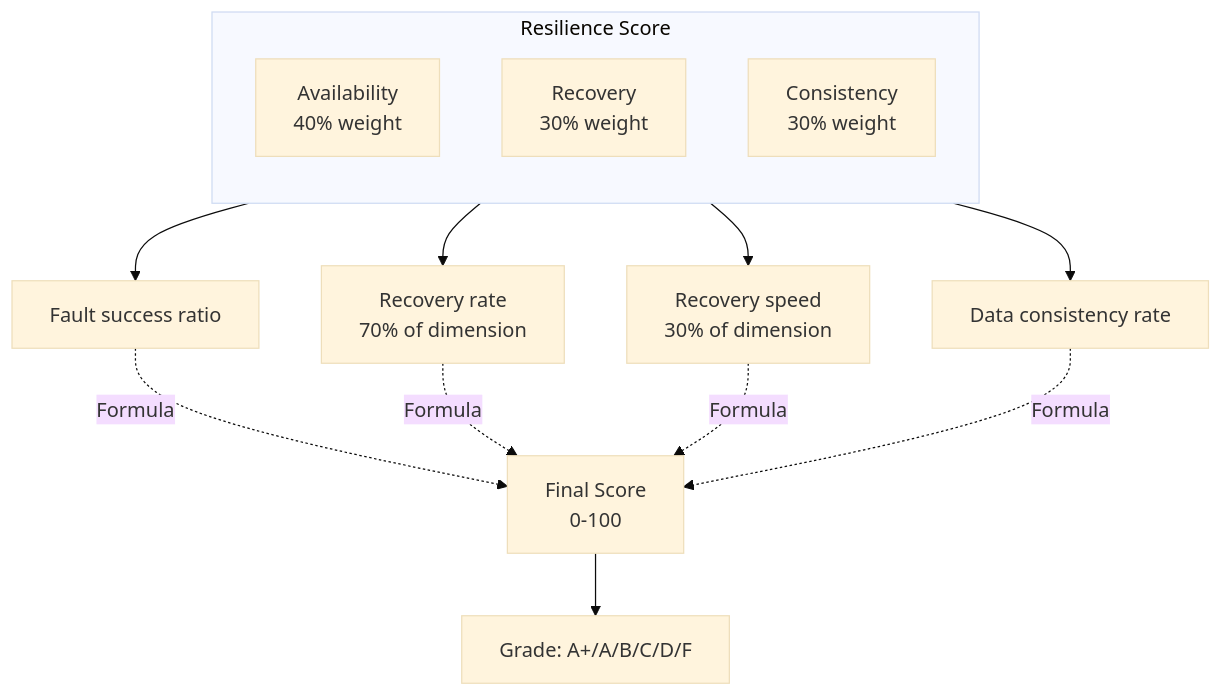
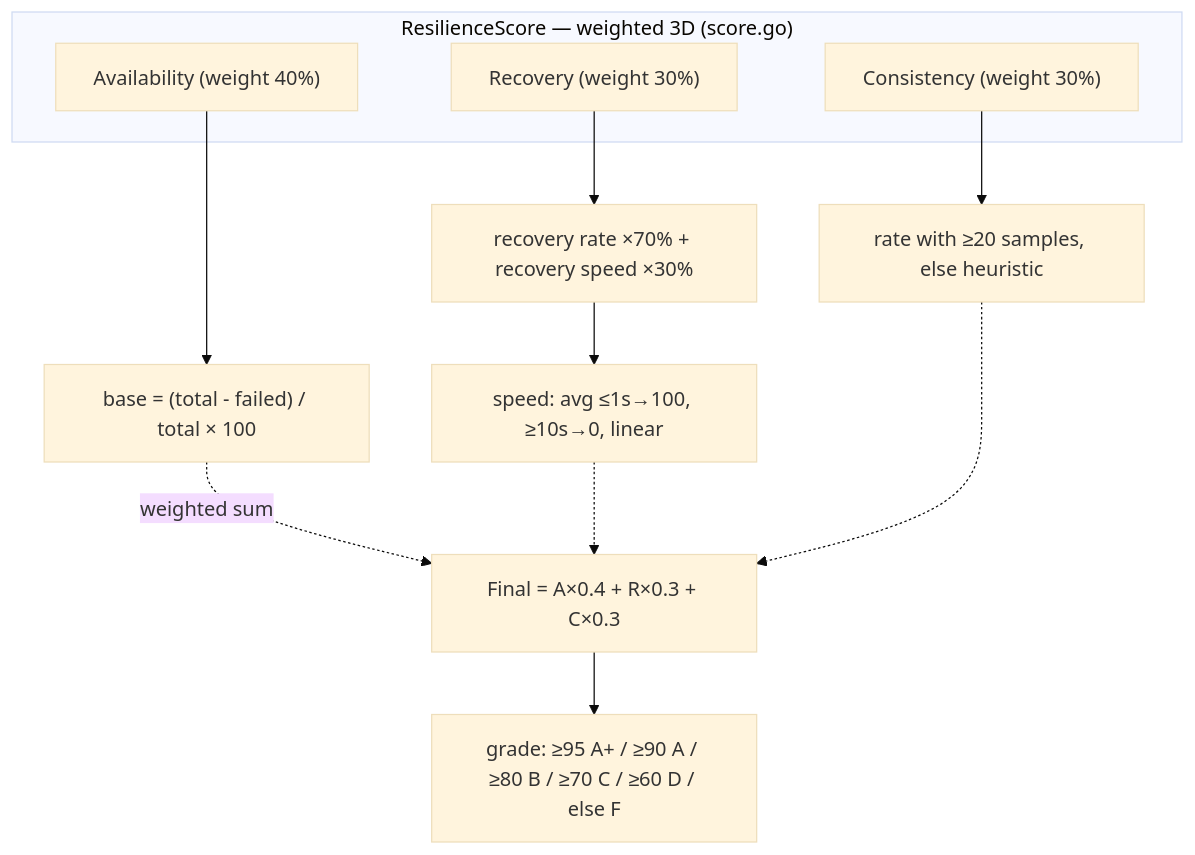
One commit to Timwood0x10/myblog changed the third of 4 diagrams in content/log/ARES/09-arena-fault-injection-deep-dive.md. Above: the diagram before and after it, drawn with Mermaid (base theme). The commit also changed other lines of this file and 33 other files, not shown here.

````diff
--- a/content/log/ARES/09-arena-fault-injection-deep-dive.md
+++ b/content/log/ARES/09-arena-fault-injection-deep-dive.md
@@ -231,21 +235,16 @@
 ```mermaid
-graph TB
-    subgraph "Resilience Score"
-        direction TB
-        A[Availability<br/>40% weight]
-        R[Recovery<br/>30% weight]
-        C[Consistency<br/>30% weight]
+flowchart TB
+    subgraph Score["ResilienceScore — weighted 3D (score.go)"]
+        A["Availability (weight 40%)"]
+        R["Recovery (weight 30%)"]
+        C["Consistency (weight 30%)"]
     end
-
-    A --> A1[Fault success ratio]
-    R --> R1[Recovery rate<br/>70% of dimension]
-    R --> R2[Recovery speed<br/>30% of dimension]
-    C --> C1[Data consistency rate]
-
-    A1 -.->|Formula| FINAL[Final Score<br/>0-100]
-    R1 -.->|Formula| FINAL
-    R2 -.->|Formula| FINAL
-    C1 -.->|Formula| FINAL
-
-    FINAL --> GRADE[Grade: A+/A/B/C/D/F]
+    A --> A1["base = (total - failed) / total × 100"]
+    R --> R1["recovery rate ×70% + recovery speed ×30%"]
+    R1 --> R2["speed: avg ≤1s→100, ≥10s→0, linear"]
+    C --> C1["rate with ≥20 samples, else heuristic"]
+    A1 -.weighted sum.-> FIN["Final = A×0.4 + R×0.3 + C×0.3"]
+    R2 -.-> FIN
+    C1 -.-> FIN
+    FIN --> G["grade: ≥95 A+ / ≥90 A / ≥80 B / ≥70 C / ≥60 D / else F"]
 ```
````
